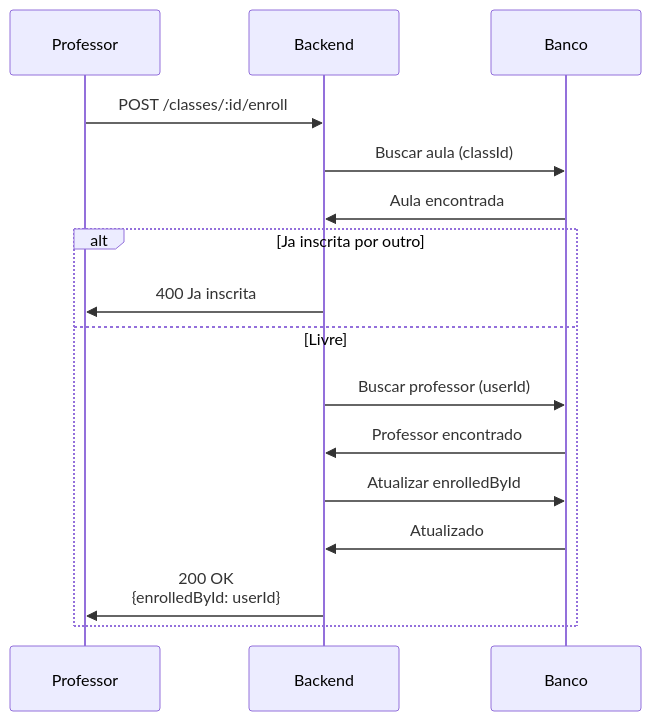
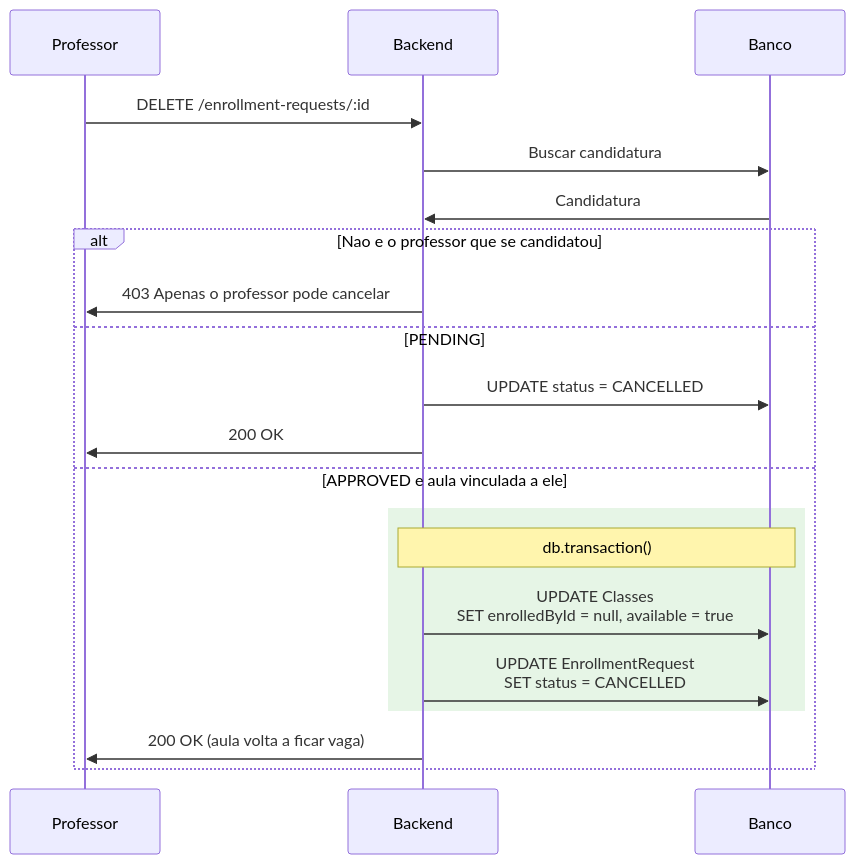
One commit to TROCA-AULA/troca-aula-backend changed the eighth of 14 diagrams in docs/07-fluxos-negocio.md. Above: the diagram before and after it, drawn with Mermaid. The commit also changed other lines of this file and 9 other files, not shown here.

````diff
--- a/docs/07-fluxos-negocio.md
+++ b/docs/07-fluxos-negocio.md
@@ -257,23 +274,25 @@
 ```mermaid
 sequenceDiagram
     participant Professor as Professor
     participant API as Backend
     participant DB as Banco
 
-    Professor->>API: POST /classes/:id/enroll
+    Professor->>API: DELETE /enrollment-requests/:id
     
-    API->>DB: Buscar aula (classId)
-    DB->>API: Aula encontrada
+    API->>DB: Buscar candidatura
+    DB->>API: Candidatura
     
-    alt Ja inscrita por outro
-        API->>Professor: 400 Ja inscrita
-    else Livre
-        API->>DB: Buscar professor (userId)
-        DB->>API: Professor encontrado
-        
-        API->>DB: Atualizar enrolledById
-        DB->>API: Atualizado
-        
-        API->>Professor: 200 OK<br/>{enrolledById: userId}
+    alt Nao e o professor que se candidatou
+        API->>Professor: 403 Apenas o professor pode cancelar
+    else PENDING
+        API->>DB: UPDATE status = CANCELLED
+        API->>Professor: 200 OK
+    else APPROVED e aula vinculada a ele
+        rect rgb(230, 245, 230)
+            note over API,DB: db.transaction()
+            API->>DB: UPDATE Classes<br/>SET enrolledById = null, available = true
+            API->>DB: UPDATE EnrollmentRequest<br/>SET status = CANCELLED
+        end
+        API->>Professor: 200 OK (aula volta a ficar vaga)
     end
 ```
````
